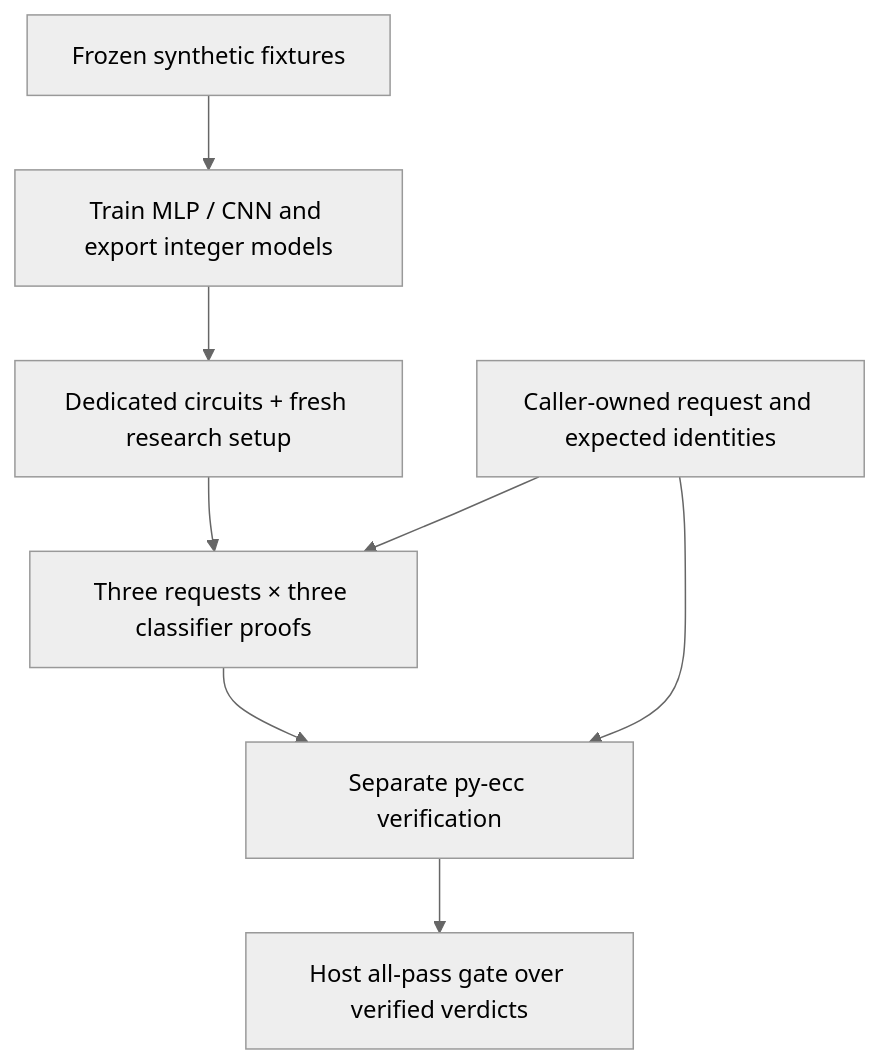
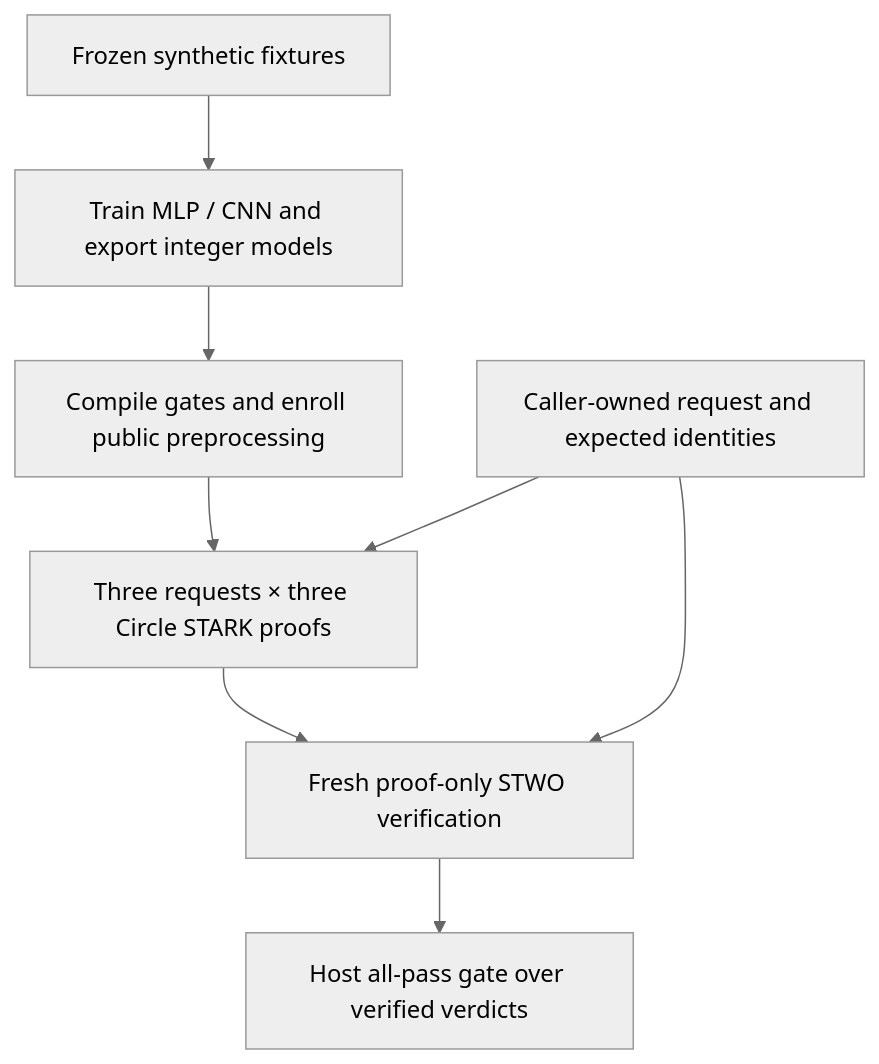
The diagram in docs/learn/one-request.md (AbdelStark/hallmark), drawn with Mermaid (neutral theme) before and after one commit. The commit also changed other lines of this file and 269 other files, not shown here.

First line of the commit message:
Remove the pairing-based classifier backend; Circle STARK only

````diff
--- a/docs/learn/one-request.md
+++ b/docs/learn/one-request.md
@@ -17,10 +17,10 @@
 ```mermaid
 flowchart TD
     D[Frozen synthetic fixtures] --> T[Train MLP / CNN and export integer models]
-    T --> C[Dedicated circuits + fresh research setup]
-    E[Caller-owned request and expected identities] --> P[Three requests × three classifier proofs]
+    T --> C[Compile gates and enroll public preprocessing]
+    E[Caller-owned request and expected identities] --> P[Three requests × three Circle STARK proofs]
     C --> P
-    P --> V[Separate py-ecc verification]
+    P --> V[Fresh proof-only STWO verification]
     E --> V
     V --> G[Host all-pass gate over verified verdicts]
 ```
````
